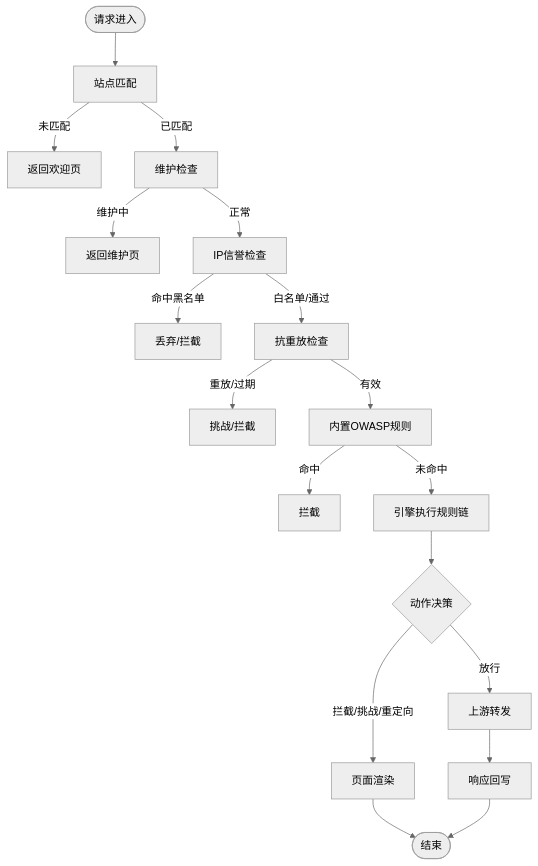
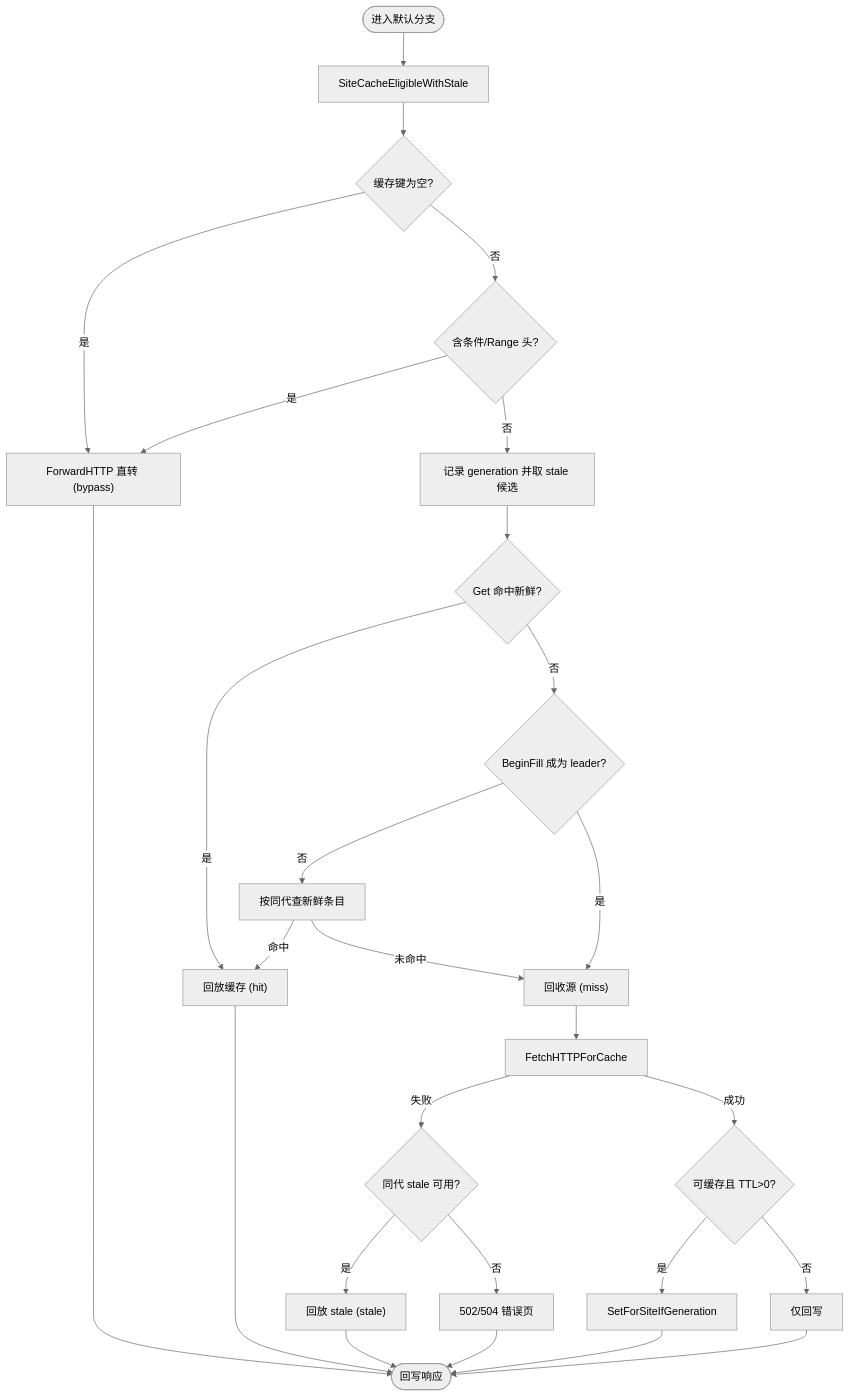
Before and after one commit to x01n/My-OpenWaf: the sixth of 7 diagrams in docs/系统架构设计/数据流分析.md, drawn with Mermaid (neutral theme). The commit also changed other lines of this file and 622 other files, not shown here.

````diff
--- a/docs/系统架构设计/数据流分析.md
+++ b/docs/系统架构设计/数据流分析.md
@@ -138,20 +435,29 @@
 ```mermaid
 flowchart TD
-Start(["请求进入"]) --> Match["站点匹配"]
-Match --> |未匹配| Welcome["返回欢迎页"]
-Match --> |已匹配| Maint["维护检查"]
-Maint --> |维护中| MaintPage["返回维护页"]
-Maint --> |正常| IPRep["IP信誉检查"]
-IPRep --> |命中黑名单| DropOrIntercept["丢弃/拦截"]
-IPRep --> |白名单/通过| AR["抗重放检查"]
-AR --> |重放/过期| ChallengeOrIntercept["挑战/拦截"]
-AR --> |有效| OWASP["内置OWASP规则"]
-OWASP --> |命中| Intercept["拦截"]
-OWASP --> |未命中| Engine["引擎执行规则链"]
-Engine --> Decision{"动作决策"}
-Decision --> |拦截/挑战/重定向| Render["页面渲染"]
-Decision --> |放行| Upstream["上游转发"]
-Upstream --> Resp["响应回写"]
-Render --> End(["结束"])
-Resp --> End
+  ST([进入默认分支]) --> ELIG["SiteCacheEligibleWithStale"]
+  ELIG --> K{"缓存键为空?"}
+  K --> |是| BYP["ForwardHTTP 直转 (bypass)"]
+  K --> |否| COND{"含条件/Range 头?"}
+  COND --> |是| BYP
+  COND --> |否| GEN["记录 generation 并取 stale 候选"]
+  GEN --> GET{"Get 命中新鲜?"}
+  GET --> |是| HIT["回放缓存 (hit)"]
+  GET --> |否| FILL{"BeginFill 成为 leader?"}
+  FILL --> |否| WAIT["按同代查新鲜条目"]
+  WAIT --> |命中| HIT
+  WAIT --> |未命中| MISS["回收源 (miss)"]
+  FILL --> |是| MISS
+  MISS --> UP["FetchHTTPForCache"]
+  UP --> |失败| STALE{"同代 stale 可用?"}
+  STALE --> |是| OLD["回放 stale (stale)"]
+  STALE --> |否| ERR["502/504 错误页"]
+  UP --> |成功| SAVE{"可缓存且 TTL>0?"}
+  SAVE --> |是| PUT["SetForSiteIfGeneration"]
+  SAVE --> |否| PASS["仅回写"]
+  PUT --> END([回写响应])
+  PASS --> END
+  BYP --> END
+  HIT --> END
+  OLD --> END
+  ERR --> END
 ```
````
